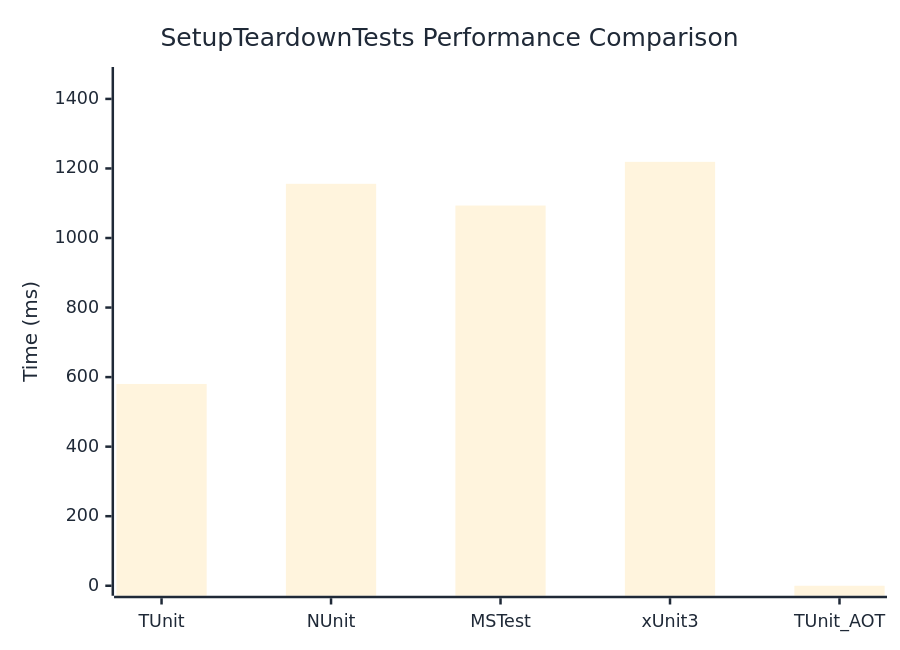
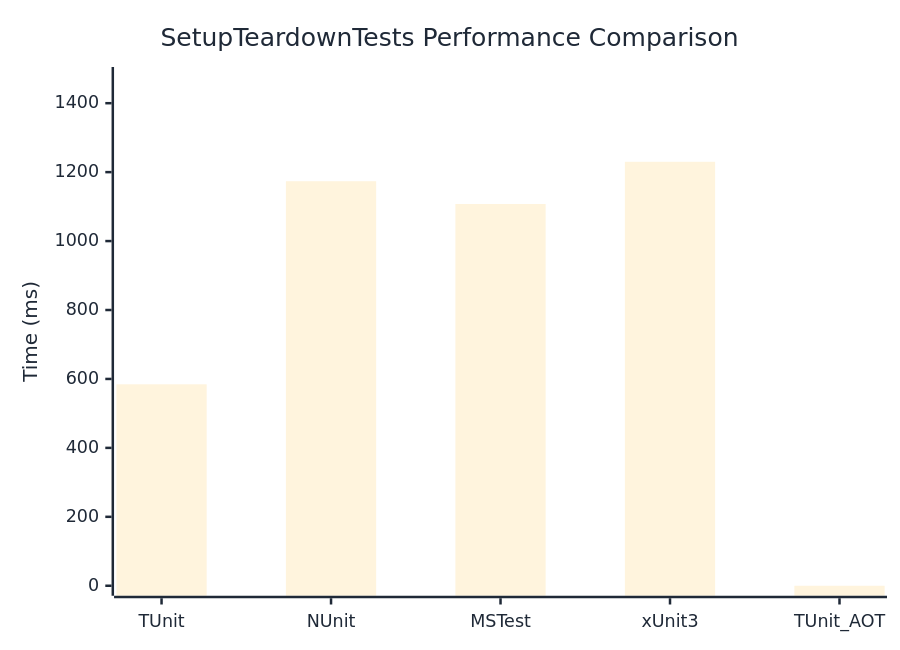
The diagram in docs/docs/benchmarks/SetupTeardownTests.md (weiyilai/TUnit), drawn with Mermaid before and after one commit. The commit also changed other lines of this file and 17 other files, not shown here.

````diff
--- a/docs/docs/benchmarks/SetupTeardownTests.md
+++ b/docs/docs/benchmarks/SetupTeardownTests.md
@@ -27,37 +27,37 @@
 ```mermaid
 %%{init: {
   'theme':'base',
   'themeVariables': {
     'primaryColor': '#2563eb',
     'primaryTextColor': '#1f2937',
     'primaryBorderColor': '#1e40af',
     'lineColor': '#6b7280',
     'secondaryColor': '#7c3aed',
     'tertiaryColor': '#dc2626',
     'background': '#ffffff',
     'mainBkg': '#2563eb',
     'secondBkg': '#7c3aed',
     'tertiaryBkg': '#dc2626',
     'clusterBkg': '#f3f4f6',
     'edgeLabelBackground': '#ffffff',
     'tertiaryTextColor': '#1f2937',
     'pie1': '#2563eb',
     'pie2': '#7c3aed',
     'pie3': '#dc2626',
     'pie4': '#f59e0b',
     'pie5': '#10b981',
     'pie6': '#06b6d4',
     'pie7': '#ec4899',
     'pie8': '#6366f1',
     'pie9': '#84cc16',
     'pie10': '#f97316',
     'pie11': '#14b8a6',
     'pie12': '#a855f7'
   }
 }}%%
 xychart-beta
   title "SetupTeardownTests Performance Comparison"
   x-axis ["TUnit", "NUnit", "MSTest", "xUnit3", "TUnit_AOT"]
-  y-axis "Time (ms)" 0 --> 1463
-  bar [580.3, 1155.8, 1093.4, 1219, 0]
+  y-axis "Time (ms)" 0 --> 1476
+  bar [584.4, 1173.6, 1107.6, 1230, 0]
 ```
````
